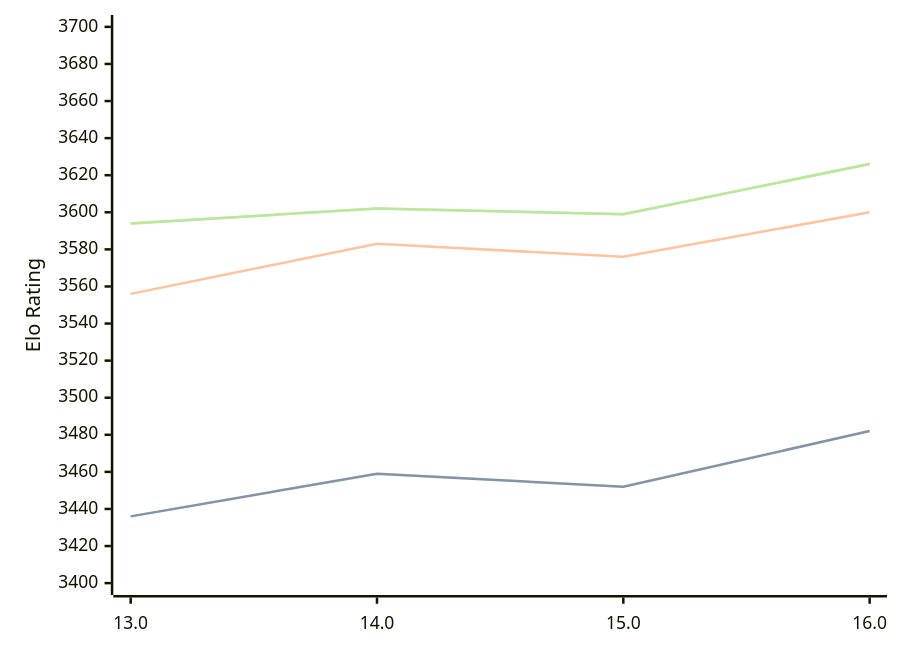
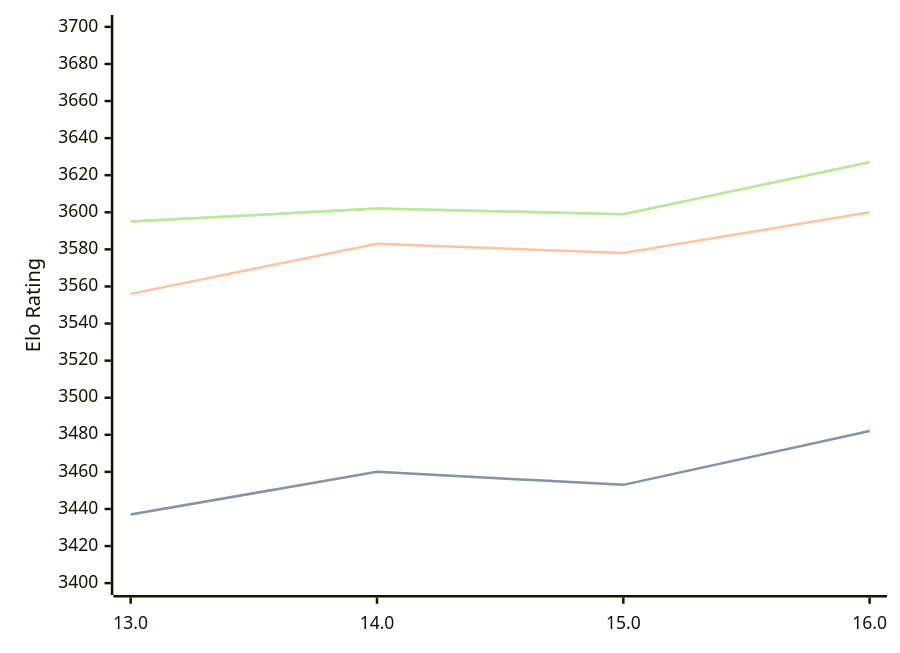
One commit to computer-chess-index/cci changed the diagram in engines/Obsidian.md. Above: the diagram before and after it, drawn with Mermaid. The commit also changed other lines of this file, not shown here.

Commit message:
Update CCI Ratings (ELO VLTC) - 2026-05-03

````diff
--- a/engines/Obsidian.md
+++ b/engines/Obsidian.md
@@ -43,11 +43,11 @@
 ```mermaid
 %%{init: {"theme":"base","themeVariables":{"seriesColors:['#a3a3a3','#222221','#faa371']}}}%%
 xychart-beta
   x-axis ["13.0", "14.0", "15.0", "16.0"]
   y-axis "Elo Rating" 3400 --> 3700
-  line "STC (8.0+0.08s)" [3436, 3459, 3452, 3482]
-  line "STC (8.0+0.08s)" [3436, 3459, 3452, 3482]
-  line "LTC (60.0+0.60s)" [3556, 3583, 3576, 3600]
-  line "VLTC (2m24s+1.12s)" [3594, 3602, 3599, 3626]
-  line "VLTC (2m24s+1.12s)" [3594, 3602, 3599, 3626]
+  line "STC (8.0+0.08s)" [3437, 3460, 3453, 3482]
+  line "STC (8.0+0.08s)" [3437, 3460, 3453, 3482]
+  line "LTC (60.0+0.60s)" [3556, 3583, 3578, 3600]
+  line "VLTC (2m24s+1.12s)" [3595, 3602, 3599, 3627]
+  line "VLTC (2m24s+1.12s)" [3595, 3602, 3599, 3627]
 ```
````
